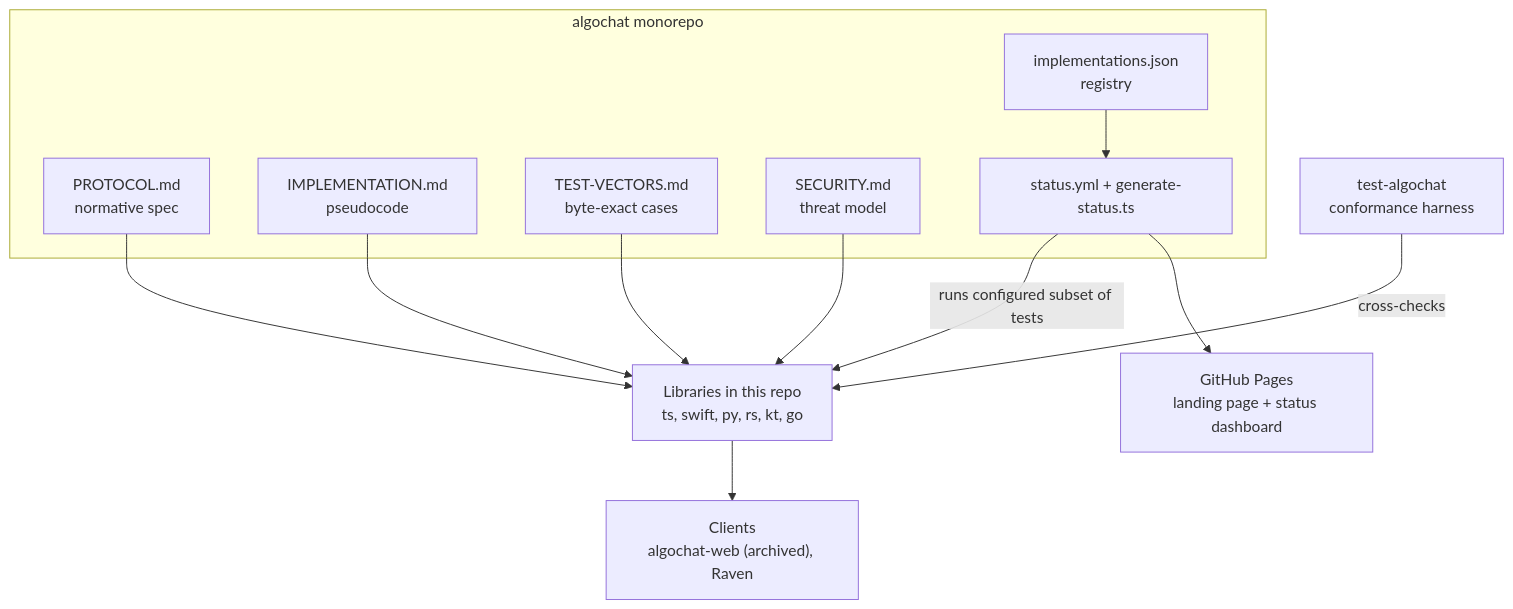
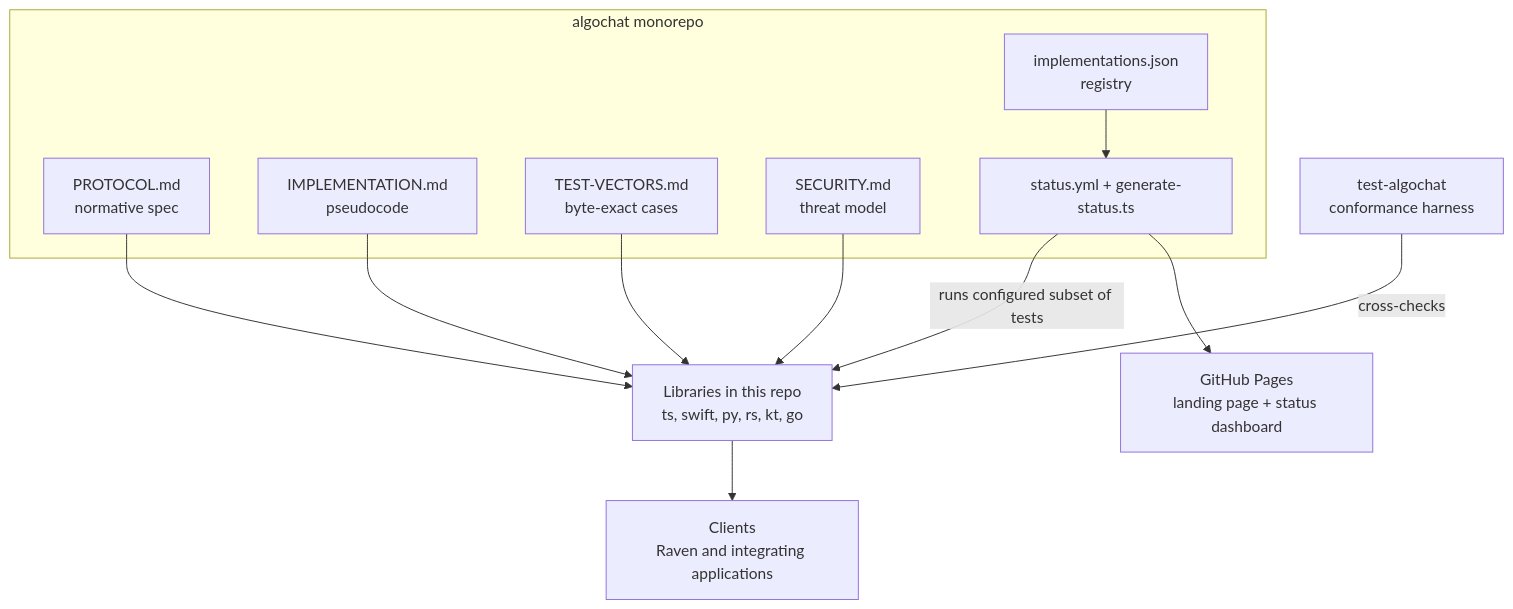
The second of 15 diagrams in docs/HLD.md (CorvidLabs/algochat), drawn with Mermaid before and after one commit. The commit also changed other lines of this file and 20 other files, not shown here.

First line of the commit message:
docs: verify diagrams and close protocol documentation change (#27)

````diff
--- a/docs/HLD.md
+++ b/docs/HLD.md
@@ -66,24 +66,24 @@
 ```mermaid
 flowchart TB
     subgraph repo["algochat monorepo"]
         SPEC["PROTOCOL.md<br/>normative spec"]
         GUIDE["IMPLEMENTATION.md<br/>pseudocode"]
         TV["TEST-VECTORS.md<br/>byte-exact cases"]
         SEC["SECURITY.md<br/>threat model"]
         REG["implementations.json<br/>registry"]
         STATUS["status.yml + generate-status.ts"]
     end
     LIBS["Libraries in this repo<br/>ts, swift, py, rs, kt, go"]
     HARNESS["test-algochat<br/>conformance harness"]
-    CLIENTS["Clients<br/>algochat-web (archived), Raven"]
+    CLIENTS["Clients<br/>Raven and integrating applications"]
     PAGES["GitHub Pages<br/>landing page + status dashboard"]
     SPEC --> LIBS
     GUIDE --> LIBS
     TV --> LIBS
     SEC --> LIBS
     HARNESS -- "cross-checks" --> LIBS
     LIBS --> CLIENTS
     REG --> STATUS
     STATUS -- "runs configured subset of tests" --> LIBS
     STATUS --> PAGES
 ```
````
